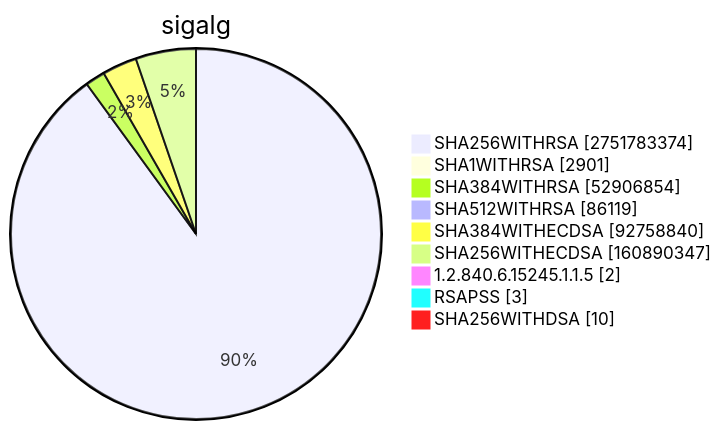
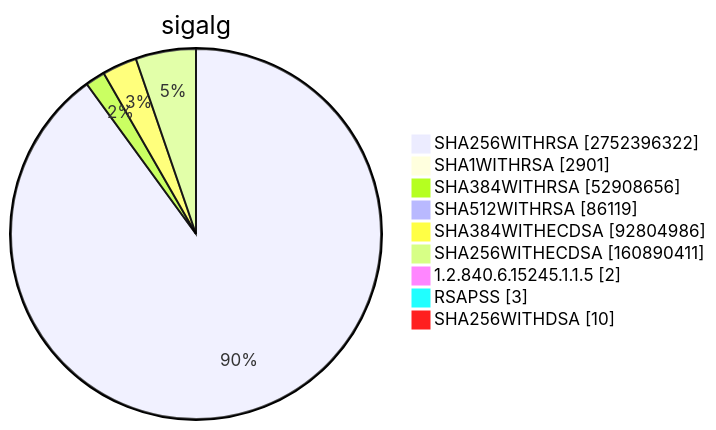
Diagram 15 of 15 in TOTAL/README.md (christiankrug/ctmonitor_visualization), drawn with Mermaid before and after one commit. The commit also changed other lines of this file, not shown here.

````diff
--- a/TOTAL/README.md
+++ b/TOTAL/README.md
@@ -6207,13 +6207,13 @@
 ```mermaid
 pie showData
 title sigalg
-"SHA256WITHRSA" :2751783374
+"SHA256WITHRSA" :2752396322
 "SHA1WITHRSA" :2901
-"SHA384WITHRSA" :52906854
+"SHA384WITHRSA" :52908656
 "SHA512WITHRSA" :86119
-"SHA384WITHECDSA" :92758840
-"SHA256WITHECDSA" :160890347
+"SHA384WITHECDSA" :92804986
+"SHA256WITHECDSA" :160890411
 "1.2.840.6.15245.1.1.5" :2
 "RSAPSS" :3
 "SHA256WITHDSA" :10
 ```
````
